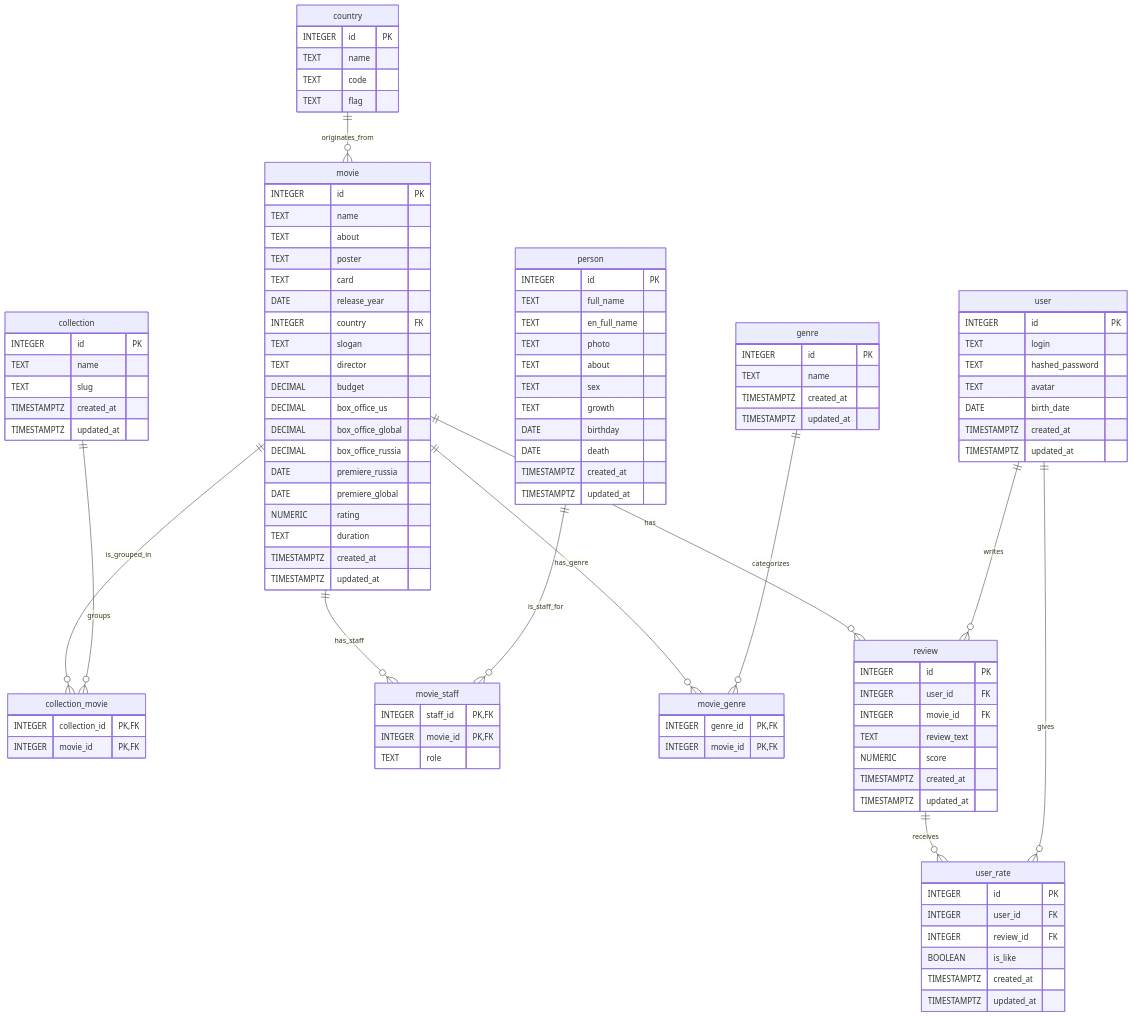
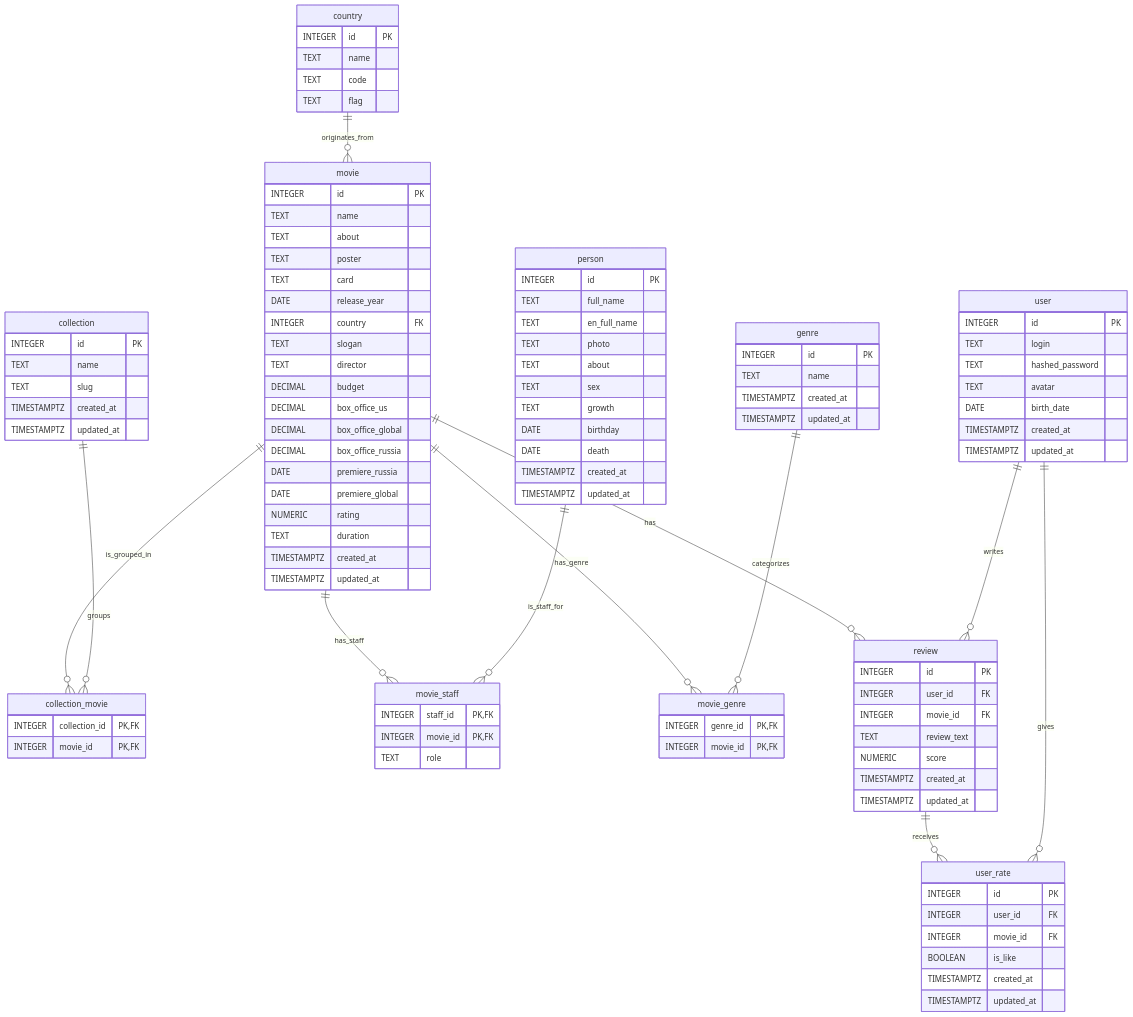
Before and after one commit to go-park-mail-ru/2025_1_sigmaScript: the diagram in db/normalized/er_diagram.md, drawn with Mermaid. The commit also changed 1 other file, not shown here.

Commit message:
correcting DB relations

```diff
--- a/db/normalized/er_diagram.md
+++ b/db/normalized/er_diagram.md
@@ -89,7 +89,7 @@
     user_rate {
         INTEGER id PK
         INTEGER user_id FK
-        INTEGER review_id FK
+        INTEGER movie_id FK
         BOOLEAN is_like
         TIMESTAMPTZ created_at
         TIMESTAMPTZ updated_at
```
